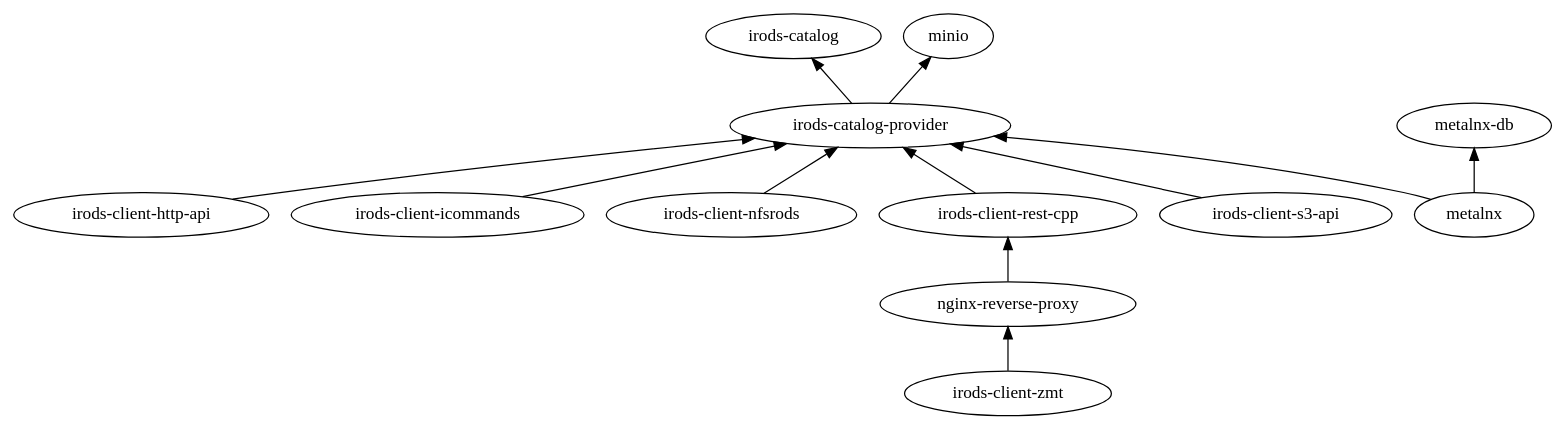
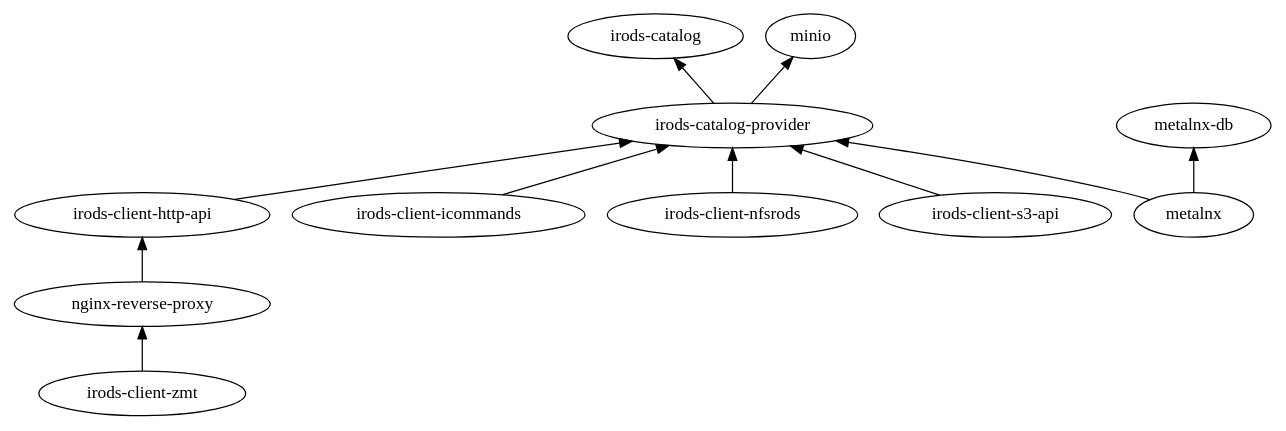
The diagram in dependencies.dot (irods/irods_demo), drawn with Graphviz before and after one commit. The commit also changed 1 other file, not shown here.

```diff
--- a/dependencies.dot
+++ b/dependencies.dot
@@ -1,30 +1,28 @@
 digraph G {
 
   rankdir="BT"
 
   catalog    [label = "irods-catalog"];
   provider   [label = "irods-catalog-provider"];
   http       [label = "irods-client-http-api"];
   icommands  [label = "irods-client-icommands"];
   nfsrods    [label = "irods-client-nfsrods"];
   nginx      [label = "nginx-reverse-proxy"];
-  rest       [label = "irods-client-rest-cpp"];
   s3         [label = "irods-client-s3-api"];
   zmt        [label = "irods-client-zmt"];
   metalnxdb  [label = "metalnx-db"];
   metalnx    [label = "metalnx"];
   minio      [label = "minio"];
 
   provider -> catalog;
   icommands -> provider;
-  rest -> provider;
-  nginx -> rest;
+  nginx -> http;
   zmt -> nginx;
   metalnx -> metalnxdb;
   metalnx -> provider;
   http -> provider;
   s3 -> provider;
   nfsrods -> provider;
   provider -> minio;
 
 }
```
